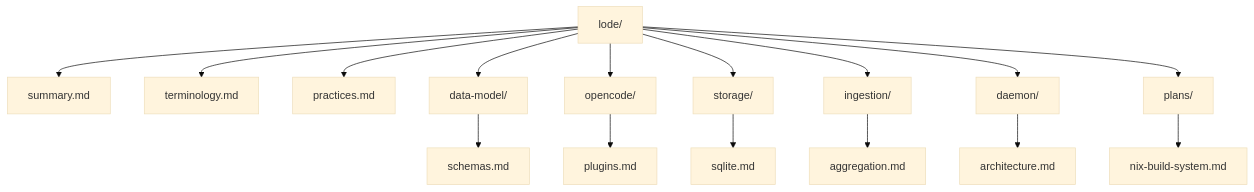
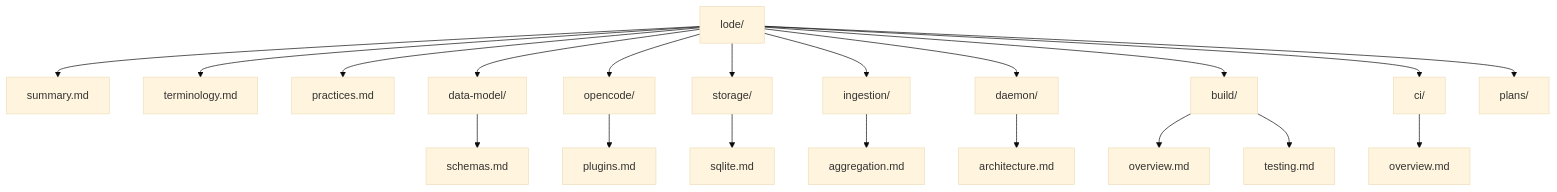
One commit to dxta-dev/clankers changed the diagram in lode/lode-map.md. Above: the diagram before and after it, drawn with Mermaid (base theme). The commit also changed other lines of this file and 3 other files, not shown here.

````diff
--- a/lode/lode-map.md
+++ b/lode/lode-map.md
@@ -38,19 +39,23 @@
 ```mermaid
 flowchart TB
   Lode[lode/]
   Lode --> Summary[summary.md]
   Lode --> Terms[terminology.md]
   Lode --> Practices[practices.md]
   Lode --> DataModel[data-model/]
   DataModel --> Schemas[schemas.md]
   Lode --> OpenCode[opencode/]
   OpenCode --> Plugins[plugins.md]
   Lode --> Storage[storage/]
   Storage --> SQLite[sqlite.md]
   Lode --> Ingestion[ingestion/]
   Ingestion --> Aggregation[aggregation.md]
   Lode --> Daemon[daemon/]
   Daemon --> DaemonArch[architecture.md]
+  Lode --> Build[build/]
+  Build --> BuildOverview[overview.md]
+  Build --> Testing[testing.md]
+  Lode --> CI[ci/]
+  CI --> CIOverview[overview.md]
   Lode --> Plans[plans/]
-  Plans --> NixBuild[nix-build-system.md]
 ```
````
